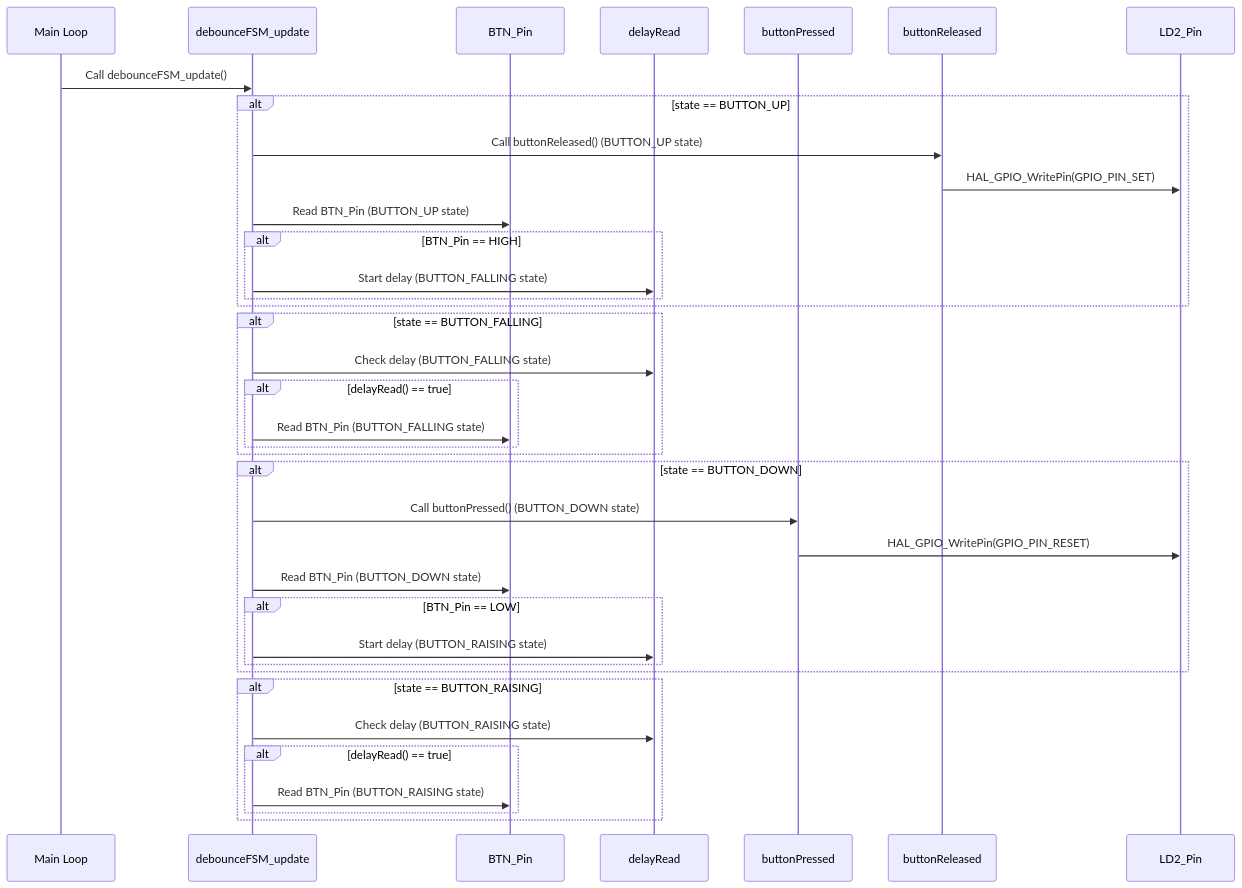
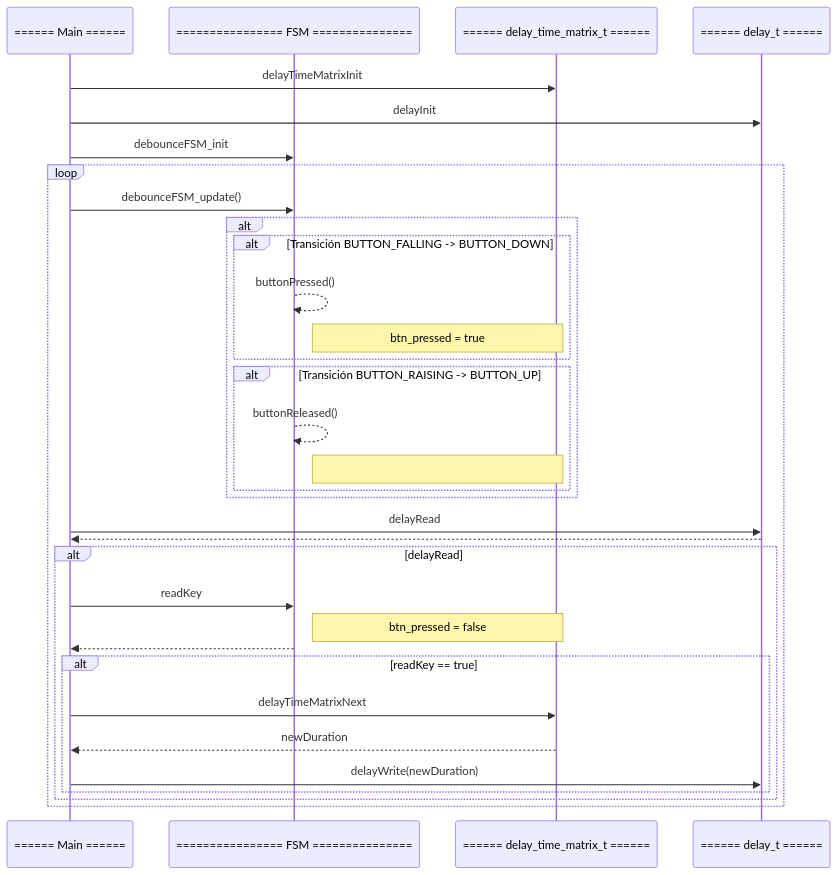
One commit to fer-c/cese-2025_pdm changed the first of 2 diagrams in practica4/README.md. Above: the diagram before and after it, drawn with Mermaid. The commit also changed other lines of this file and 97 other files, not shown here.

````diff
--- a/practica4/README.md
+++ b/practica4/README.md
@@ -31,43 +31,38 @@
 ```mermaid
 sequenceDiagram
-    participant MainLoop as Main Loop
-    participant debounceFSM_update as debounceFSM_update
-    participant HAL_GPIO_ReadPin as BTN_Pin
-    participant delayRead as delayRead
-    participant buttonPressed as buttonPressed
-    participant buttonReleased as buttonReleased
-    participant led as LD2_Pin
+    participant MainProgram as ====== Main ======
+    participant fsm as         ================ FSM  ===============
+    participant matrix as      ====== delay_time_matrix_t ======
+    participant LedDelay as    ====== delay_t ======
 
-    MainLoop->>debounceFSM_update: Call debounceFSM_update()
-    alt state == BUTTON_UP
-        debounceFSM_update->>buttonReleased: Call buttonReleased() (BUTTON_UP state)
-        buttonReleased->>led: HAL_GPIO_WritePin(GPIO_PIN_SET)
-        debounceFSM_update->>HAL_GPIO_ReadPin: Read BTN_Pin (BUTTON_UP state)
-        alt BTN_Pin == HIGH
-            debounceFSM_update->>delayRead: Start delay (BUTTON_FALLING state)
+    MainProgram->>matrix: delayTimeMatrixInit
+    MainProgram->>LedDelay: delayInit
+    MainProgram->>fsm: debounceFSM_init
+
+    loop
+        MainProgram->>fsm: debounceFSM_update()
+        alt 
+        alt Transición BUTTON_FALLING -> BUTTON_DOWN
+            fsm -->> fsm: buttonPressed()
+            Note Right of fsm: btn_pressed = true
         end
-    end
+        alt Transición BUTTON_RAISING -> BUTTON_UP
+            fsm -->> fsm: buttonReleased()
+            Note Right of fsm: 
+        end
+        end
 
-    alt state == BUTTON_FALLING
-        debounceFSM_update->>delayRead: Check delay (BUTTON_FALLING state)
-        alt delayRead() == true
-            debounceFSM_update->>HAL_GPIO_ReadPin: Read BTN_Pin (BUTTON_FALLING state)
-        end
-    end
-
-    alt state == BUTTON_DOWN
-        debounceFSM_update->>buttonPressed: Call buttonPressed() (BUTTON_DOWN state)
-        buttonPressed->>led: HAL_GPIO_WritePin(GPIO_PIN_RESET)
-        debounceFSM_update->>HAL_GPIO_ReadPin: Read BTN_Pin (BUTTON_DOWN state)
-        alt BTN_Pin == LOW
-            debounceFSM_update->>delayRead: Start delay (BUTTON_RAISING state)
-        end
-    end
-
-    alt state == BUTTON_RAISING
-        debounceFSM_update->>delayRead: Check delay (BUTTON_RAISING state)
-        alt delayRead() == true
-            debounceFSM_update->>HAL_GPIO_ReadPin: Read BTN_Pin (BUTTON_RAISING state)
+        MainProgram->>LedDelay: delayRead
+        LedDelay-->>MainProgram: 
+        alt delayRead
+            MainProgram->>fsm: readKey
+            Note Right of fsm: btn_pressed = false
+            fsm-->>MainProgram: 
+            alt readKey == true
+                MainProgram->>matrix: delayTimeMatrixNext
+                matrix-->>MainProgram: newDuration
+                MainProgram->>LedDelay: delayWrite(newDuration)
+            end
         end
     end
 ```
````
